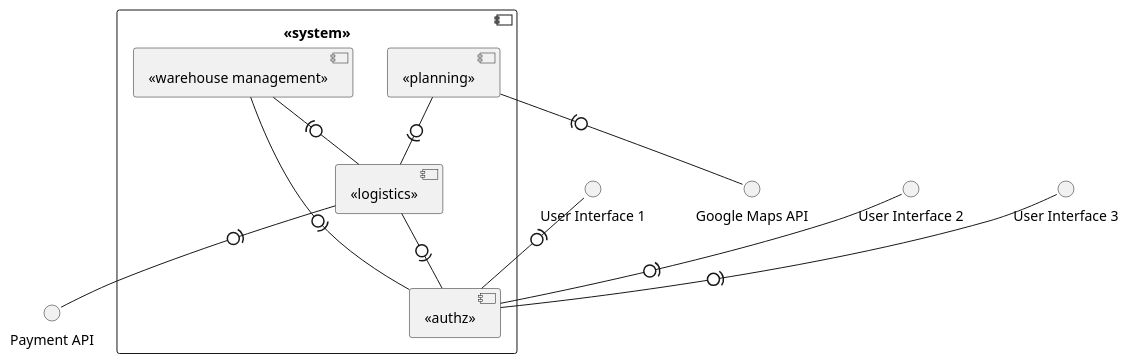
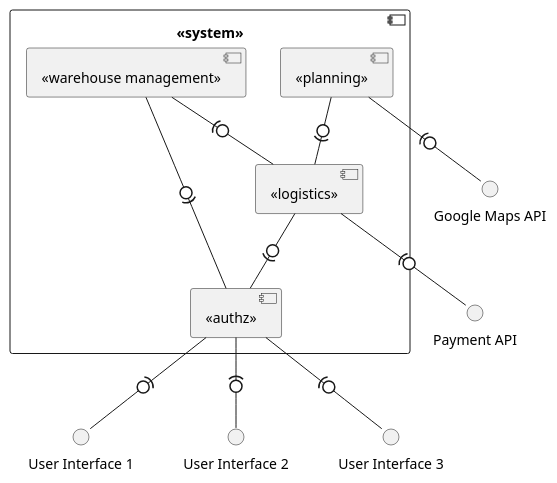
The diagram in Documents/Deployment Diagrams/Level 2 - Container/LV.puml (0franciscor/dei_3dj_057), drawn with PlantUML before and after one commit.

Commit message:
Created Packages

```diff
--- a/Documents/Deployment Diagrams/Level 2 - Container/LV.puml
+++ b/Documents/Deployment Diagrams/Level 2 - Container/LV.puml
@@ -1,32 +1,34 @@
 @startuml LV System Context Diagram
 top to bottom direction
 
 component "<<system>>" as system{
 
 component "<<authz>>" as authz
 
 component "<<warehouse management>>" as whManagement
 
 component "<<logistics>>" as logistics
 
 component "<<planning>>" as planning
 
 }
 interface "User Interface 1" as UI1
 interface "User Interface 2" as UI2
 interface "User Interface 3" as UI3
 interface "Google Maps API" as mapsAPI
 interface "Payment API" as paymentAPI
 
-UI1 -(0- authz
-UI2 -(0- authz
-UI3 -(0- authz
+authz -(0- UI1
+authz -(0- UI2
+authz -(0- UI3
+
 whManagement -0)- authz
+logistics -0)- authz
 whManagement -(0- logistics
 planning -0)- logistics
 
 planning -(0- mapsAPI
 logistics -(0- paymentAPI
-logistics -0)- authz
+
 
 @enduml
```
